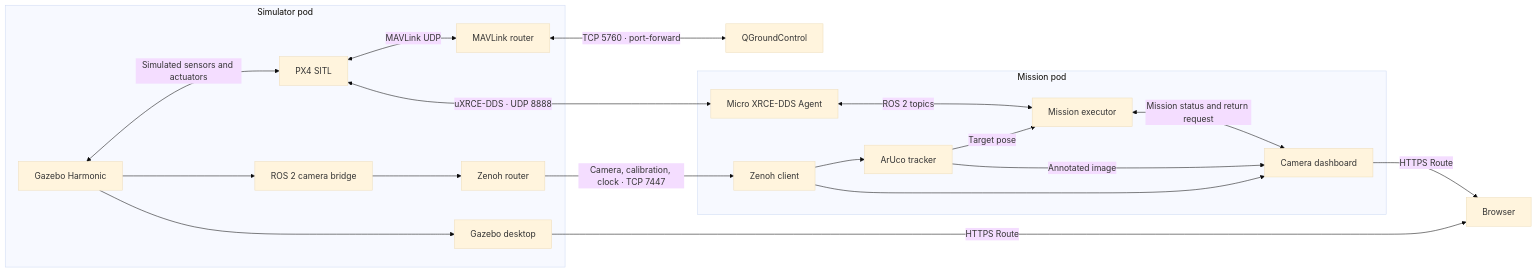
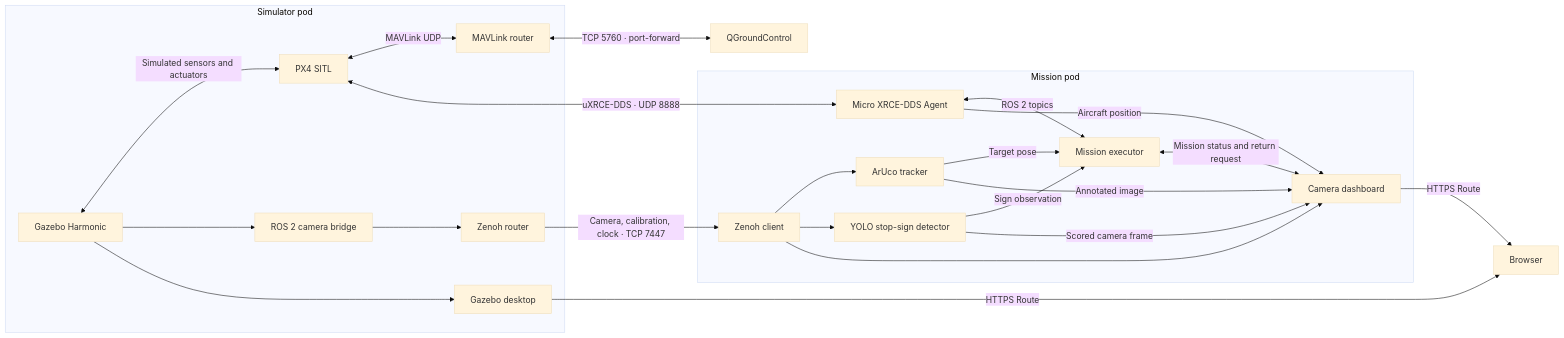
Before and after one commit to pzhao0/px4-mission-openshift-demo: the diagram in README.md, drawn with Mermaid (base theme). The commit also changed other lines of this file and 53 other files, not shown here.

Commit message:
Add the stop-sign survey alongside the waypoint demo

````diff
--- a/README.md
+++ b/README.md
@@ -11,34 +11,38 @@
 ```mermaid
 flowchart LR
     subgraph sim["Simulator pod"]
         gz["Gazebo Harmonic"]
         px4["PX4 SITL"]
         bridge["ROS 2 camera bridge"]
         send["Zenoh router"]
         mav["MAVLink router"]
         desktop["Gazebo desktop"]
         gz <-->|Simulated sensors and actuators| px4
         gz --> bridge --> send
         px4 <-->|MAVLink UDP| mav
         gz --> desktop
     end
 
     subgraph companion["Mission pod"]
         receive["Zenoh client"]
         agent["Micro XRCE-DDS Agent"]
         tracker["ArUco tracker"]
+        yolo["YOLO stop-sign detector"]
         executor["Mission executor"]
         dashboard["Camera dashboard"]
         receive --> tracker -->|Target pose| executor
+        receive --> yolo -->|Sign observation| executor
+        yolo -->|Scored camera frame| dashboard
         receive --> dashboard
         agent <-->|ROS 2 topics| executor
+        agent -->|Aircraft position| dashboard
         tracker -->|Annotated image| dashboard
         executor <-->|Mission status and return request| dashboard
     end
 
     send -->|Camera, calibration, clock · TCP 7447| receive
     px4 <-->|uXRCE-DDS · UDP 8888| agent
     mav <-->|TCP 5760 · port-forward| qgc["QGroundControl"]
     desktop -->|HTTPS Route| browser["Browser"]
     dashboard -->|HTTPS Route| browser
 ```
````
